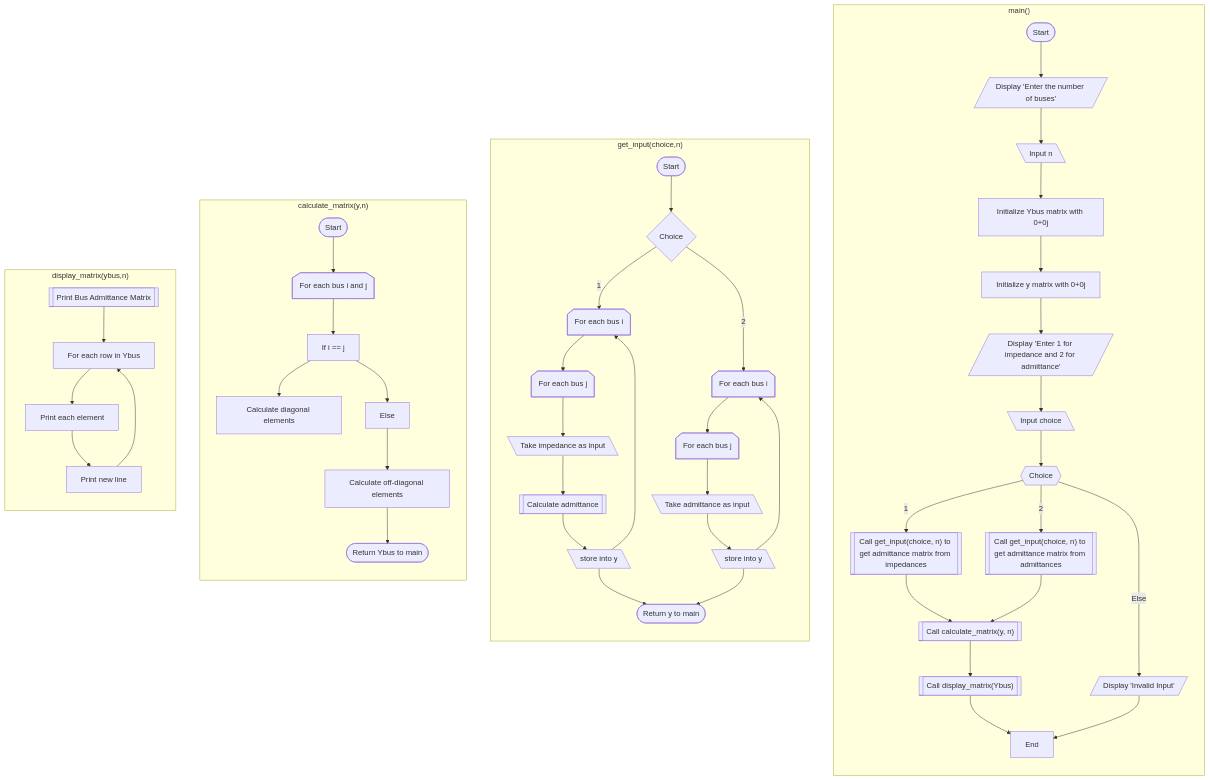
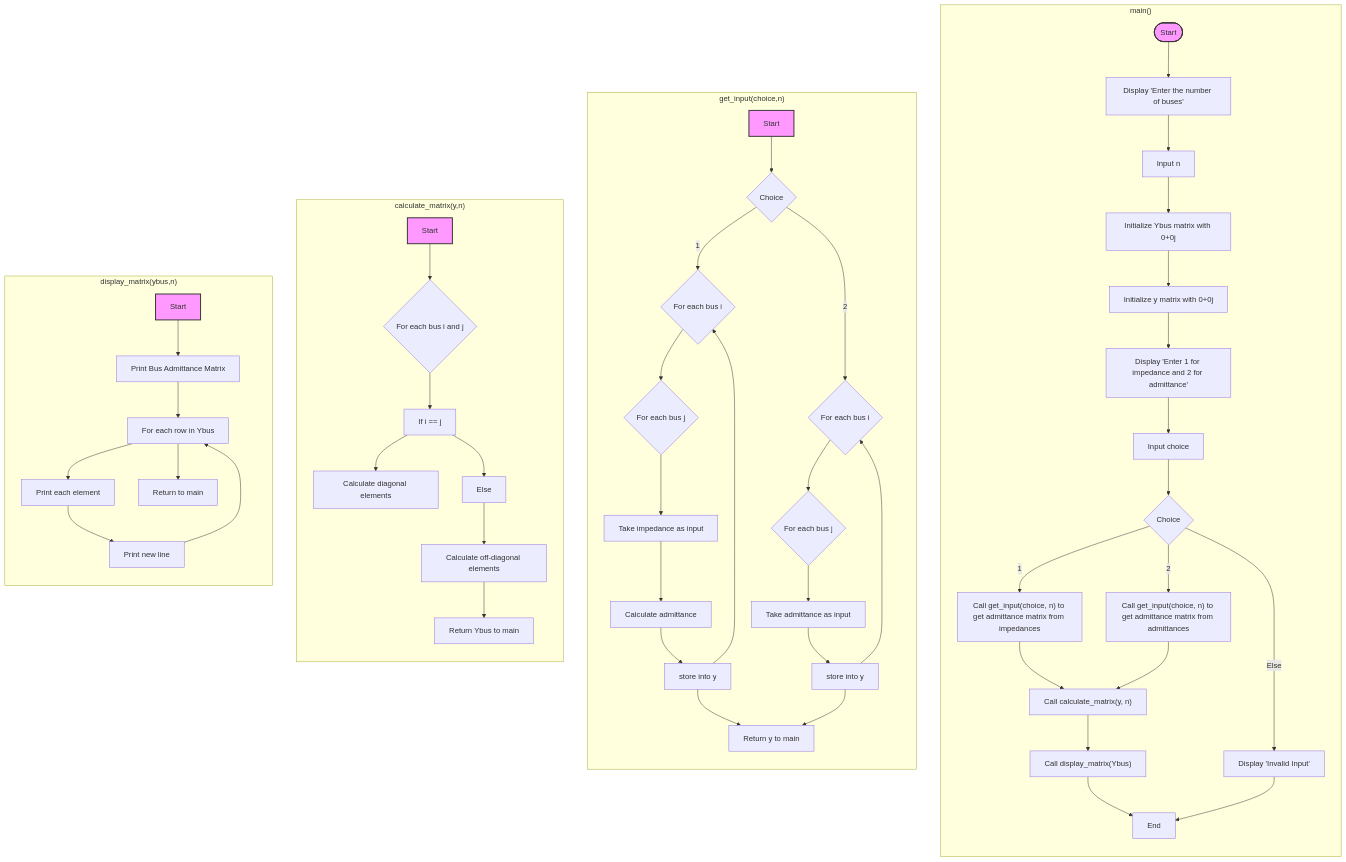
One commit to Sree2011/codes-loadflow-analysis changed the second of 2 diagrams in README.md. Above: the diagram before and after it, drawn with Mermaid.

````diff
--- a/README.md
+++ b/README.md
@@ -141,63 +141,70 @@
 ```mermaid
 graph TD
-   subgraph "main()"
+   subgraph main["main()"]
    direction TB
-      A([Start]) --> B[Display 'Enter the number of buses']@{shape: lean-right}
-      B --> B1[Input n]@{shape: lean-left}
+      A([Start])@{shape:stadium} --> B[Display 'Enter the number of buses']
+      B --> B1[Input n]
       B1 --> C[Initialize Ybus matrix with 0+0j]
       C --> D[Initialize y matrix with 0+0j]
-      D --> E[Display 'Enter 1 for impedance and 2 for admittance']@{shape: lean-right}
-      E --> E1[Input choice]@{shape: lean-left}
-      E1 --> F[Choice]@{shape: hex}
-      F -->|1| G[["Call get_input(choice, n) to get admittance matrix from impedances"]]
-      F -->|2| H[["Call get_input(choice, n) to get admittance matrix from admittances"]]
-      F --> |Else| AB[Display 'Invalid Input']@{shape: lean-right}
-      G --> I[["Call calculate_matrix(y, n)"]]
+      D --> E[Display 'Enter 1 for impedance and 2 for admittance']
+      E --> E1[Input choice]
+      E1 --> F{Choice}
+      F -->|1| G["Call get_input(choice, n) to get admittance matrix from impedances"]
+      F -->|2| H["Call get_input(choice, n) to get admittance matrix from admittances"]
+      F --> |Else| AB[Display 'Invalid Input']
+      G --> I["Call calculate_matrix(y, n)"]
       H --> I
-      I --> J[["Call display_matrix(Ybus)"]]
-      J --> K[End]
+      I --> J["Call display_matrix(Ybus)"]
+      J --> K[End]@{shape:stadium}
       AB --> K
    end
    subgraph "get_input(choice,n)"
    direction TB
-      V[Start]@{shape: stadium} --> K2{Choice}
-      K2 --> |1| L1{For each bus i}@{shape: notch-pent}
-      L1 --> L2{For each bus j}@{shape: notch-pent}
-      L2 --> M1[Take impedance as input]@{shape: lean-left}
-      M1 --> M2[[Calculate admittance]]
-      M2 --> M3[store into y]@{shape: lean-left}
+      V[Start]@{shape:stadium} --> K2{Choice}
+      K2 --> |1| L1{For each bus i}
+      L1 --> L2{For each bus j}
+      L2 --> M1[Take impedance as input]
+      M1 --> M2[Calculate admittance]
+      M2 --> M3[store into y]
       M3 --> L1
       M3 --> Q1
       
-      K2 --> |2| O1{For each bus i}@{shape: notch-pent}
-      O1 --> O2{For each bus j}@{shape: notch-pent}
-      O2 --> P1[Take admittance as input]@{shape: lean-left}
-      P1 --> P2[store into y]@{shape: lean-left}
+      K2 --> |2| O1{For each bus i}
+      O1 --> O2{For each bus j}
+      O2 --> P1[Take admittance as input]
+      P1 --> P2[store into y]
       P2 --> O1
-      P2 --> Q1[Return y to main]@{shape: stadium}
+      P2 --> Q1[Return y to main]@{shape:stadium}
    
      
    end
 
    subgraph "calculate_matrix(y,n)"
    direction TB
-      R[Start]@{shape: stadium} --> R1[For each bus i and j]@{shape: notch-pent}
+      R[Start]@{shape:stadium} --> R1{For each bus i and j}
       R1 --> S1[If i == j]
       S1 --> T1[Calculate diagonal elements]
       S1 --> U1[Else]
       U1 --> V1[Calculate off-diagonal elements]
-      V1 --> W1[Return Ybus to main]@{shape: stadium}
+      V1 --> W1[Return Ybus to main]@{shape:stadium}
    end
 
    subgraph "display_matrix(ybus,n)"
    direction TB
-      X1[[Print Bus Admittance Matrix]]
+      X[Start]@{shape:stadium} --> X1[Print Bus Admittance Matrix]
       X1 --> Y1[For each row in Ybus]
       Y1 --> Z1[Print each element]
       Z1 --> AA1[Print new line]
       AA1 --> Y1
+      Y1 --> Z3[Return to main]
    end
 
+   %% Define custom styles for different shapes 
+   classDef startEnd fill:#f9f,stroke:#333,stroke-width:2px; 
+   classDef decision fill:#bbf,stroke:#333,stroke-width:2px; 
+   classDef process1 fill:#b2f7ef,stroke:#333,stroke-width:2px; 
+   classDef process2 fill:#ffb7c5,stroke:#333,stroke-width:2px;
 
+   class A,V,R,X startEnd
 
 ```
````
